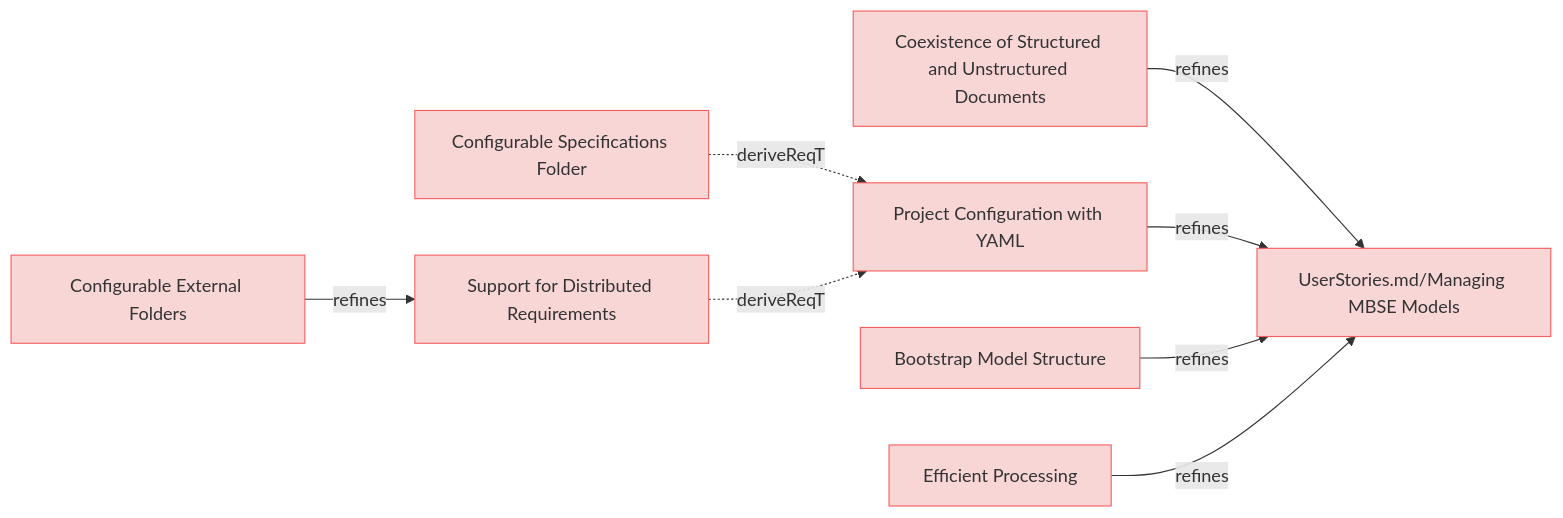
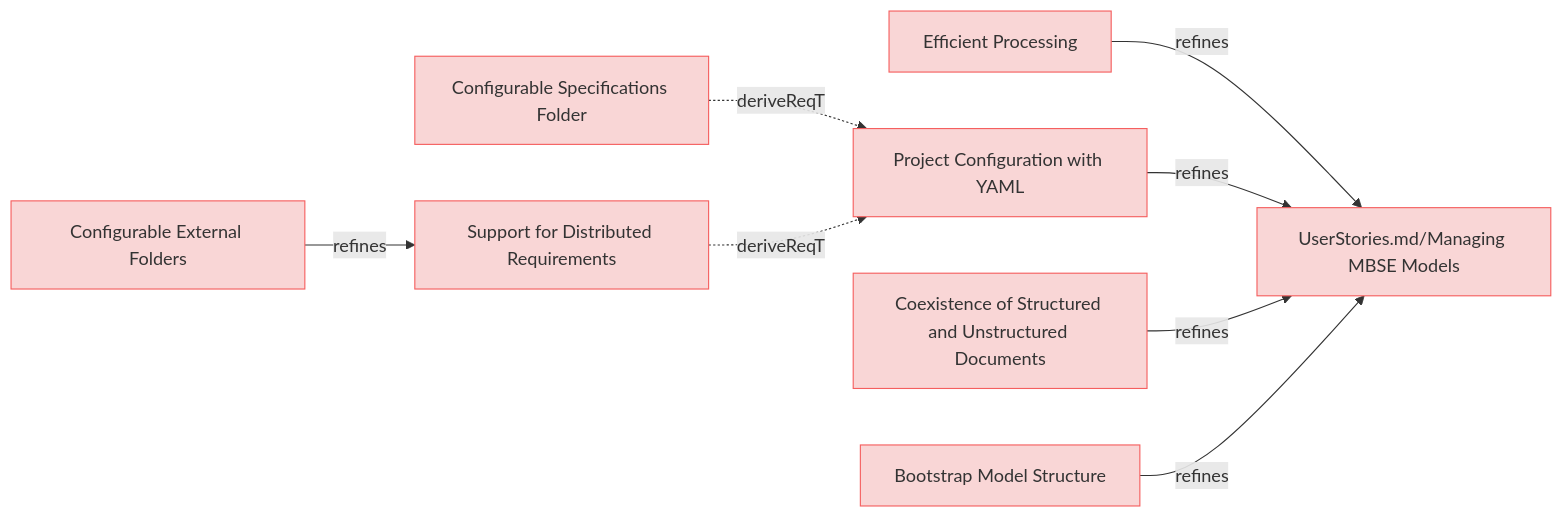
One commit to reqvire-org/reqvire changed the diagram in specifications/ManagingMbseModelsRequirements.md. Above: the diagram before and after it, drawn with Mermaid. The commit also changed 17 other files, not shown here.

Commit message:
Auto-generate diagrams after PR merge to main

````diff
--- a/specifications/ManagingMbseModelsRequirements.md
+++ b/specifications/ManagingMbseModelsRequirements.md
@@ -4,40 +4,40 @@
 ```mermaid
 graph LR;
   %% Graph styling
   classDef requirement fill:#f9d6d6,stroke:#f55f5f,stroke-width:1px;
   classDef verification fill:#d6f9d6,stroke:#5fd75f,stroke-width:1px;
   classDef externalLink fill:#d0e0ff,stroke:#3080ff,stroke-width:1px;
   classDef default fill:#f5f5f5,stroke:#333333,stroke-width:1px;
 
-  61be4a1815b94bfd["Configurable Specifications Folder"];
-  click 61be4a1815b94bfd "https://github.com/ilijaljubicic/ReqFlow/blob/29a17f176519a28e973567d4102beb95f41075ed/specifications/ManagingMbseModelsRequirements.md#configurable-specifications-folder";
-  class 61be4a1815b94bfd requirement;
-  ce24dbacb9646f3b["Project Configuration with YAML"];
-  class ce24dbacb9646f3b requirement;
-  click ce24dbacb9646f3b "https://github.com/ilijaljubicic/ReqFlow/blob/29a17f176519a28e973567d4102beb95f41075ed/specifications/ManagingMbseModelsRequirements.md#project-configuration-with-yaml";
-  61be4a1815b94bfd -.->|deriveReqT| ce24dbacb9646f3b;
-  a5483b08d4e8d960["Configurable External Folders"];
-  click a5483b08d4e8d960 "https://github.com/ilijaljubicic/ReqFlow/blob/29a17f176519a28e973567d4102beb95f41075ed/specifications/ManagingMbseModelsRequirements.md#configurable-external-folders";
-  class a5483b08d4e8d960 requirement;
-  e7286123b1b97862["Support for Distributed Requirements"];
-  class e7286123b1b97862 requirement;
-  click e7286123b1b97862 "https://github.com/ilijaljubicic/ReqFlow/blob/29a17f176519a28e973567d4102beb95f41075ed/specifications/ManagingMbseModelsRequirements.md#support-for-distributed-requirements";
-  a5483b08d4e8d960 -->|refines| e7286123b1b97862;
-  daadd8e583647e4f["Coexistence of Structured and Unstructured Documents"];
-  click daadd8e583647e4f "https://github.com/ilijaljubicic/ReqFlow/blob/29a17f176519a28e973567d4102beb95f41075ed/specifications/ManagingMbseModelsRequirements.md#coexistence-of-structured-and-unstructured-documents";
-  class daadd8e583647e4f requirement;
-  852dea6cfecb47f5["UserStories.md/Managing MBSE Models"];
-  class 852dea6cfecb47f5 requirement;
-  click 852dea6cfecb47f5 "https://github.com/ilijaljubicic/ReqFlow/blob/29a17f176519a28e973567d4102beb95f41075ed/specifications/UserStories.md#managing-mbse-models";
-  daadd8e583647e4f -->|refines| 852dea6cfecb47f5;
-  ce24dbacb9646f3b -->|refines| 852dea6cfecb47f5;
-  e7286123b1b97862 -.->|deriveReqT| ce24dbacb9646f3b;
-  96bbd81f5cefdfd4["Bootstrap Model Structure"];
-  click 96bbd81f5cefdfd4 "https://github.com/ilijaljubicic/ReqFlow/blob/29a17f176519a28e973567d4102beb95f41075ed/specifications/ManagingMbseModelsRequirements.md#bootstrap-model-structure";
-  class 96bbd81f5cefdfd4 requirement;
-  96bbd81f5cefdfd4 -->|refines| 852dea6cfecb47f5;
-  21e4eb87cb55ea5e["Efficient Processing"];
-  click 21e4eb87cb55ea5e "https://github.com/ilijaljubicic/ReqFlow/blob/29a17f176519a28e973567d4102beb95f41075ed/specifications/ManagingMbseModelsRequirements.md#efficient-processing";
-  class 21e4eb87cb55ea5e requirement;
-  21e4eb87cb55ea5e -->|refines| 852dea6cfecb47f5;
+  aac74edfeb367501["Efficient Processing"];
+  click aac74edfeb367501 "https://github.com/ilijaljubicic/ReqFlow/blob/73d5ae1d93adea71fdf4cc508be4d1ae09be068f/specifications/ManagingMbseModelsRequirements.md#efficient-processing";
+  class aac74edfeb367501 requirement;
+  a469d82e490f4e4["UserStories.md/Managing MBSE Models"];
+  class a469d82e490f4e4 requirement;
+  click a469d82e490f4e4 "https://github.com/ilijaljubicic/ReqFlow/blob/73d5ae1d93adea71fdf4cc508be4d1ae09be068f/specifications/UserStories.md#managing-mbse-models";
+  aac74edfeb367501 -->|refines| a469d82e490f4e4;
+  afba6897082c7c6a["Project Configuration with YAML"];
+  click afba6897082c7c6a "https://github.com/ilijaljubicic/ReqFlow/blob/73d5ae1d93adea71fdf4cc508be4d1ae09be068f/specifications/ManagingMbseModelsRequirements.md#project-configuration-with-yaml";
+  class afba6897082c7c6a requirement;
+  afba6897082c7c6a -->|refines| a469d82e490f4e4;
+  ecc3a81573b50a5c["Configurable External Folders"];
+  click ecc3a81573b50a5c "https://github.com/ilijaljubicic/ReqFlow/blob/73d5ae1d93adea71fdf4cc508be4d1ae09be068f/specifications/ManagingMbseModelsRequirements.md#configurable-external-folders";
+  class ecc3a81573b50a5c requirement;
+  fe433967471bc04f["Support for Distributed Requirements"];
+  class fe433967471bc04f requirement;
+  click fe433967471bc04f "https://github.com/ilijaljubicic/ReqFlow/blob/73d5ae1d93adea71fdf4cc508be4d1ae09be068f/specifications/ManagingMbseModelsRequirements.md#support-for-distributed-requirements";
+  ecc3a81573b50a5c -->|refines| fe433967471bc04f;
+  2a1b2c862241398["Configurable Specifications Folder"];
+  click 2a1b2c862241398 "https://github.com/ilijaljubicic/ReqFlow/blob/73d5ae1d93adea71fdf4cc508be4d1ae09be068f/specifications/ManagingMbseModelsRequirements.md#configurable-specifications-folder";
+  class 2a1b2c862241398 requirement;
+  2a1b2c862241398 -.->|deriveReqT| afba6897082c7c6a;
+  fe433967471bc04f -.->|deriveReqT| afba6897082c7c6a;
+  ab0a6601a5fb42c8["Coexistence of Structured and Unstructured Documents"];
+  click ab0a6601a5fb42c8 "https://github.com/ilijaljubicic/ReqFlow/blob/73d5ae1d93adea71fdf4cc508be4d1ae09be068f/specifications/ManagingMbseModelsRequirements.md#coexistence-of-structured-and-unstructured-documents";
+  class ab0a6601a5fb42c8 requirement;
+  ab0a6601a5fb42c8 -->|refines| a469d82e490f4e4;
+  20b88aa91dd68c24["Bootstrap Model Structure"];
+  click 20b88aa91dd68c24 "https://github.com/ilijaljubicic/ReqFlow/blob/73d5ae1d93adea71fdf4cc508be4d1ae09be068f/specifications/ManagingMbseModelsRequirements.md#bootstrap-model-structure";
+  class 20b88aa91dd68c24 requirement;
+  20b88aa91dd68c24 -->|refines| a469d82e490f4e4;
 ```
````
